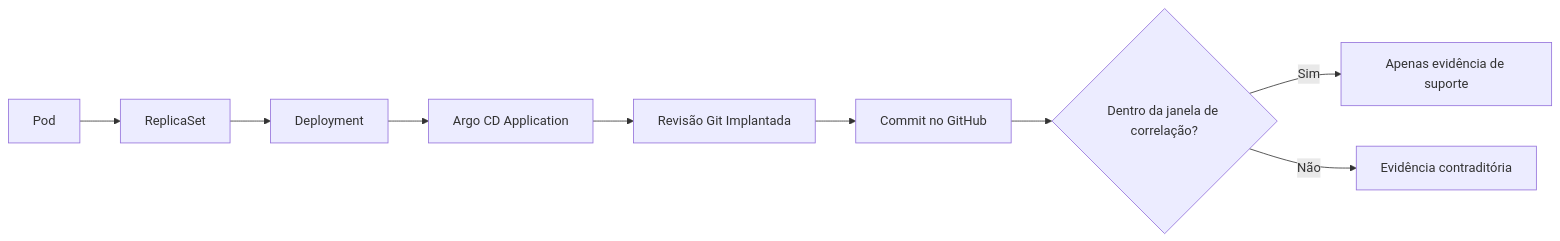
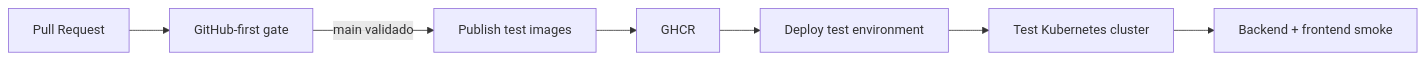
Before and after one commit to marcocristofolini/ai-sre-rca: the third of 3 diagrams in README_PT-BR.md, drawn with Mermaid. The commit also changed other lines of this file, not shown here.

````diff
--- a/README_PT-BR.md
+++ b/README_PT-BR.md
@@ -473,11 +359,9 @@
-```mermaid
+~~~mermaid
 flowchart LR
-    P[Pod] --> RS[ReplicaSet]
-    RS --> D[Deployment]
-    D --> A[Argo CD Application]
-    A --> REV[Revisão Git Implantada]
-    REV --> C[Commit no GitHub]
-    C --> W{Dentro da janela de correlação?}
-    W -->|Sim| S[Apenas evidência de suporte]
-    W -->|Não| X[Evidência contraditória]
-```
+    PR[Pull Request] --> G[GitHub-first gate]
+    G -->|main validado| P[Publish test images]
+    P --> GHCR[GHCR]
+    GHCR --> D[Deploy test environment]
+    D --> K[Test Kubernetes cluster]
+    K --> SMOKE[Backend + frontend smoke]
+~~~
````
